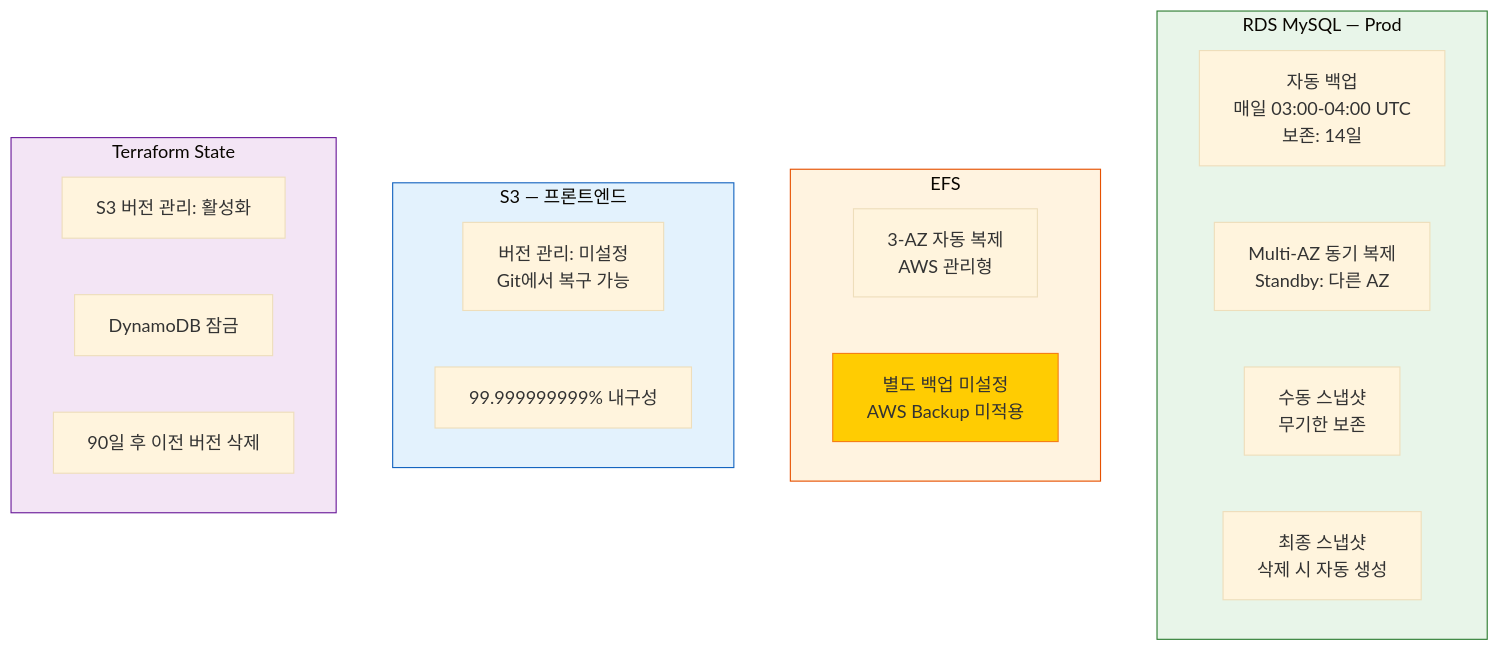
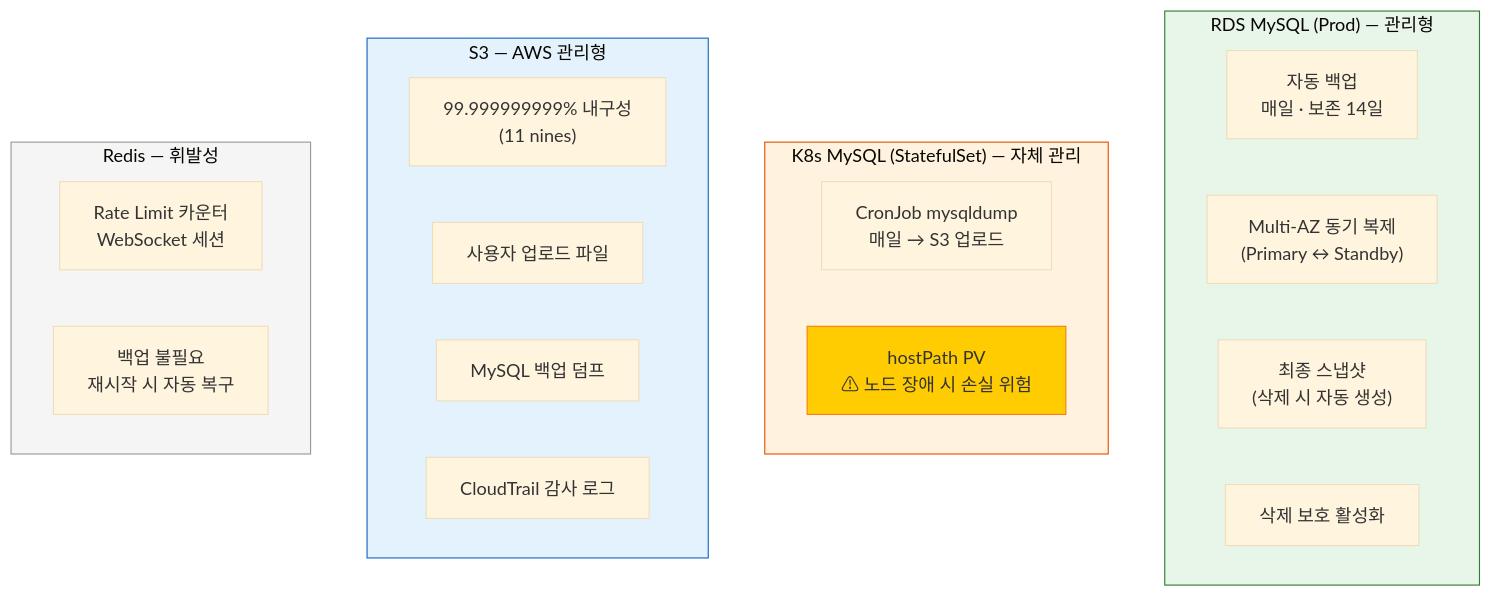
One commit to revenantonthemission/2-cho-community-infra changed diagram 16 of 18 in report.md. Above: the diagram before and after it, drawn with Mermaid (base theme). The commit also changed other lines of this file and 4 other files, not shown here.

````diff
--- a/report.md
+++ b/report.md
@@ -825,31 +743,32 @@
 ```mermaid
 flowchart TD
-    subgraph RDS_Backup["RDS MySQL — Prod"]
-        Auto["자동 백업<br/>매일 03:00-04:00 UTC<br/>보존: 14일"]
-        MultiAZ["Multi-AZ 동기 복제<br/>Standby: 다른 AZ"]
-        Snap["수동 스냅샷<br/>무기한 보존"]
-        Final["최종 스냅샷<br/>삭제 시 자동 생성"]
+    subgraph RDS_Backup["RDS MySQL (Prod) — 관리형"]
+        Auto["자동 백업<br/>매일 · 보존 14일"]
+        MultiAZ["Multi-AZ 동기 복제<br/>(Primary ↔ Standby)"]
+        Final["최종 스냅샷<br/>(삭제 시 자동 생성)"]
+        Delete_Protect["삭제 보호 활성화"]
     end
 
-    subgraph EFS_Backup["EFS"]
-        ThreeAZ["3-AZ 자동 복제<br/>AWS 관리형"]
-        EFS_Note["별도 백업 미설정<br/>AWS Backup 미적용"]
+    subgraph K8s_Backup["K8s MySQL (StatefulSet) — 자체 관리"]
+        CronJob["CronJob mysqldump<br/>매일 → S3 업로드"]
+        HostPath["hostPath PV<br/>⚠ 노드 장애 시 손실 위험"]
     end
 
-    subgraph S3_Backup["S3 — 프론트엔드"]
-        Versioning["버전 관리: 미설정<br/>Git에서 복구 가능"]
-        Durability["99.999999999% 내구성"]
+    subgraph S3_Backup["S3 — AWS 관리형"]
+        Durability["99.999999999% 내구성<br/>(11 nines)"]
+        Uploads["사용자 업로드 파일"]
+        MySQL_Dump["MySQL 백업 덤프"]
+        CT_Logs["CloudTrail 감사 로그"]
     end
 
-    subgraph TF_State["Terraform State"]
-        S3_Ver["S3 버전 관리: 활성화"]
-        DDB_Lock["DynamoDB 잠금"]
-        Noncurrent["90일 후 이전 버전 삭제"]
+    subgraph Redis_Data["Redis — 휘발성"]
+        Volatile["Rate Limit 카운터<br/>WebSocket 세션"]
+        No_Backup["백업 불필요<br/>재시작 시 자동 복구"]
     end
 
     style RDS_Backup fill:#e8f5e9,stroke:#2e7d32
-    style EFS_Backup fill:#fff3e0,stroke:#e65100
+    style K8s_Backup fill:#fff3e0,stroke:#e65100
     style S3_Backup fill:#e3f2fd,stroke:#1565c0
-    style TF_State fill:#f3e5f5,stroke:#6a1b9a
-    style EFS_Note fill:#ffcc02,stroke:#f57f17
+    style Redis_Data fill:#f5f5f5,stroke:#999
+    style HostPath fill:#ffcc02,stroke:#f57f17
 ```
````
